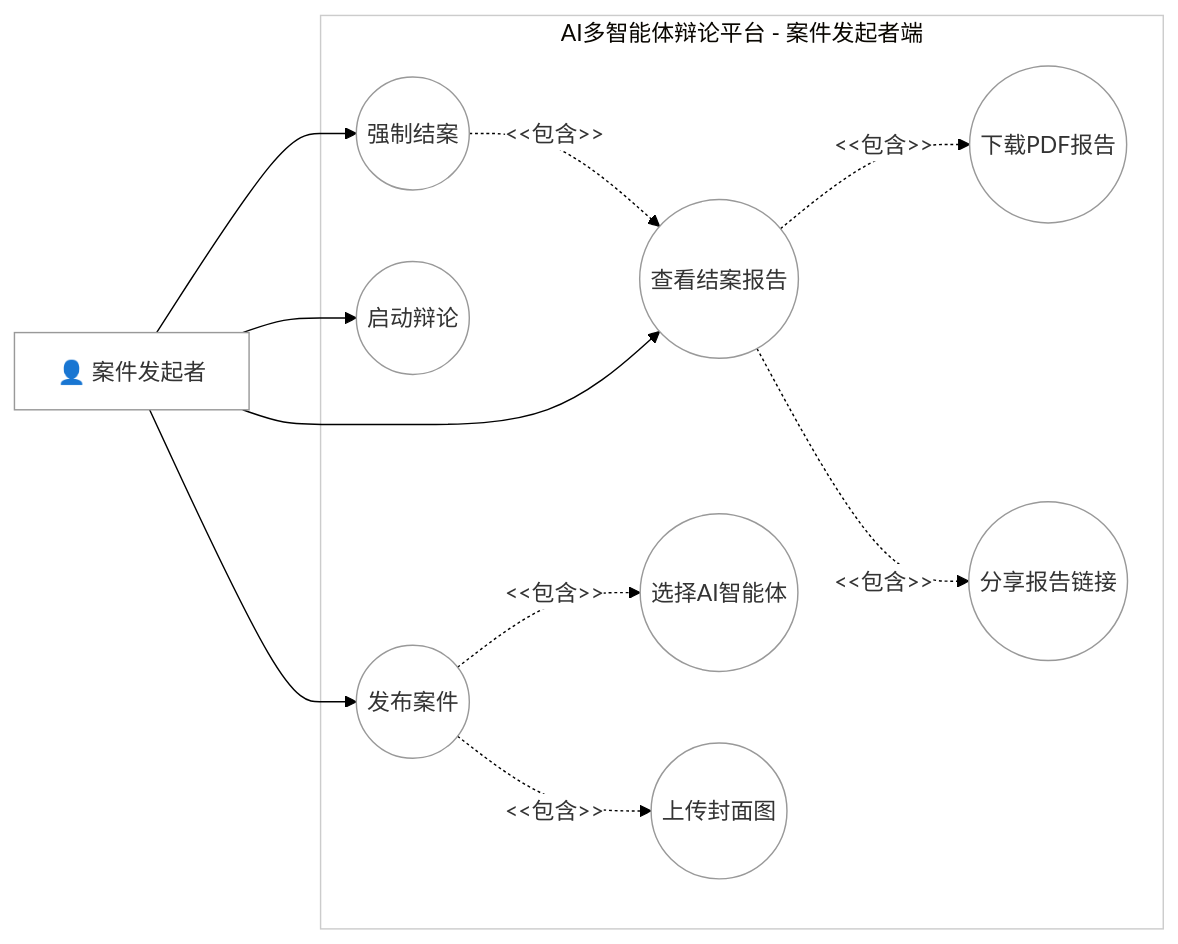
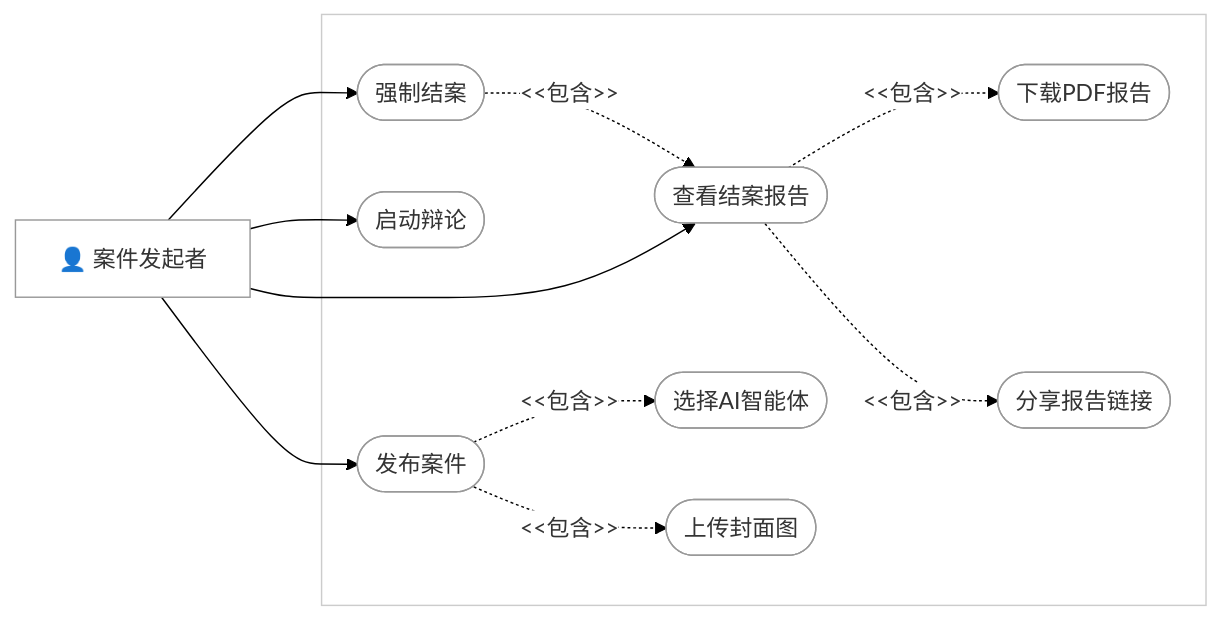
The second of 9 diagrams in docs/毕设图表.md (huangkaihao666/graduate-design), drawn with Mermaid before and after one commit. The commit also changed other lines of this file and 1 other file, not shown here.

Commit message:
feat: 完善图表readme

````diff
--- a/docs/毕设图表.md
+++ b/docs/毕设图表.md
@@ -189,25 +191,25 @@
 ```mermaid
 %%{init: {'theme': 'base', 'themeVariables': {'background': '#ffffff', 'mainBkg': '#ffffff', 'clusterBkg': '#ffffff', 'clusterBorder': '#cccccc', 'nodeBorder': '#999999', 'nodeTextColor': '#000000', 'edgeLabelBackground': '#ffffff'}}}%%
 graph LR
     actor["👤 案件发起者"]
 
-    subgraph sys["AI多智能体辩论平台 - 案件发起者端"]
-        UC1(("发布案件"))
-        UC2(("启动辩论"))
-        UC3(("强制结案"))
-        UC4(("查看结案报告"))
-        UC5(("下载PDF报告"))
-        UC6(("分享报告链接"))
+    subgraph sys[" "]
+        UC1(["发布案件"])
+        UC2(["启动辩论"])
+        UC3(["强制结案"])
+        UC4(["查看结案报告"])
+        UC5(["下载PDF报告"])
+        UC6(["分享报告链接"])
 
-        UC1 -. "<<包含>>" .-> UC1a(("选择AI智能体"))
-        UC1 -. "<<包含>>" .-> UC1b(("上传封面图"))
+        UC1 -. "<<包含>>" .-> UC1a(["选择AI智能体"])
+        UC1 -. "<<包含>>" .-> UC1b(["上传封面图"])
         UC3 -. "<<包含>>" .-> UC4
         UC4 -. "<<包含>>" .-> UC5
         UC4 -. "<<包含>>" .-> UC6
     end
 
     actor --> UC1
     actor --> UC2
     actor --> UC3
     actor --> UC4
 ```
````
